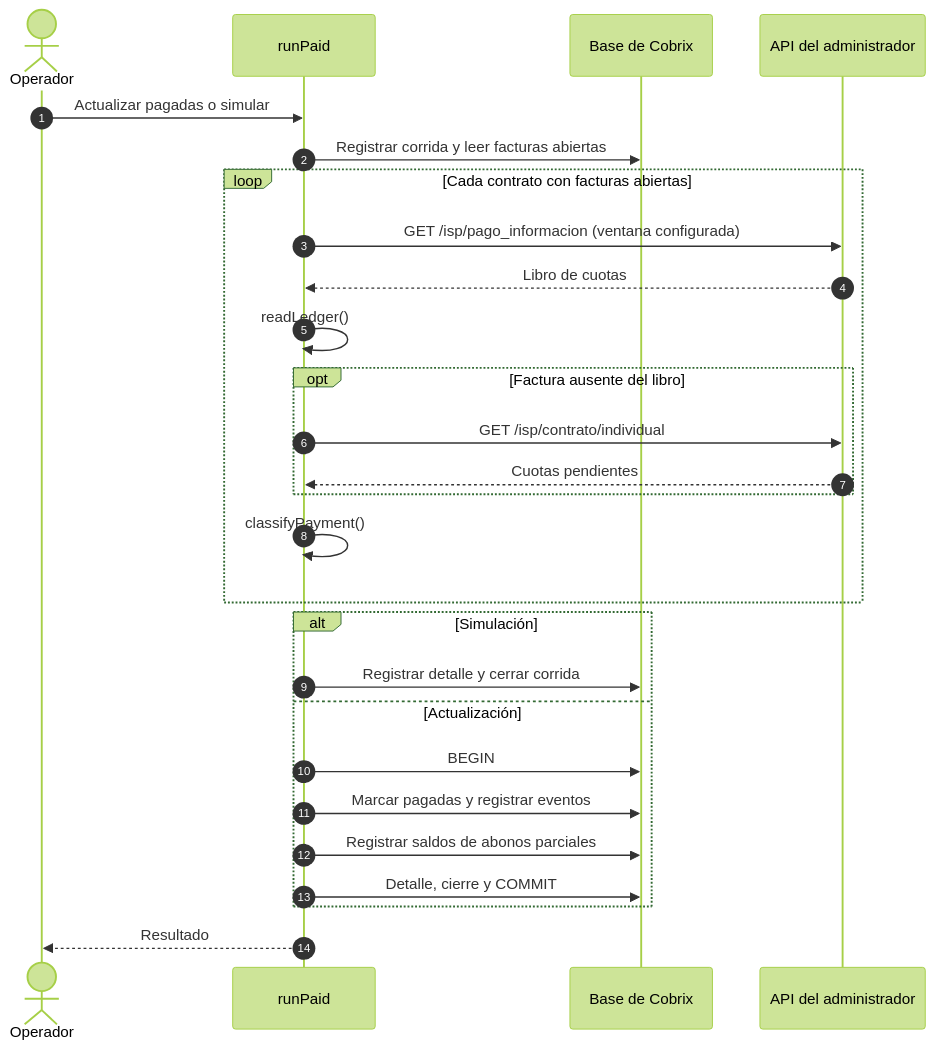
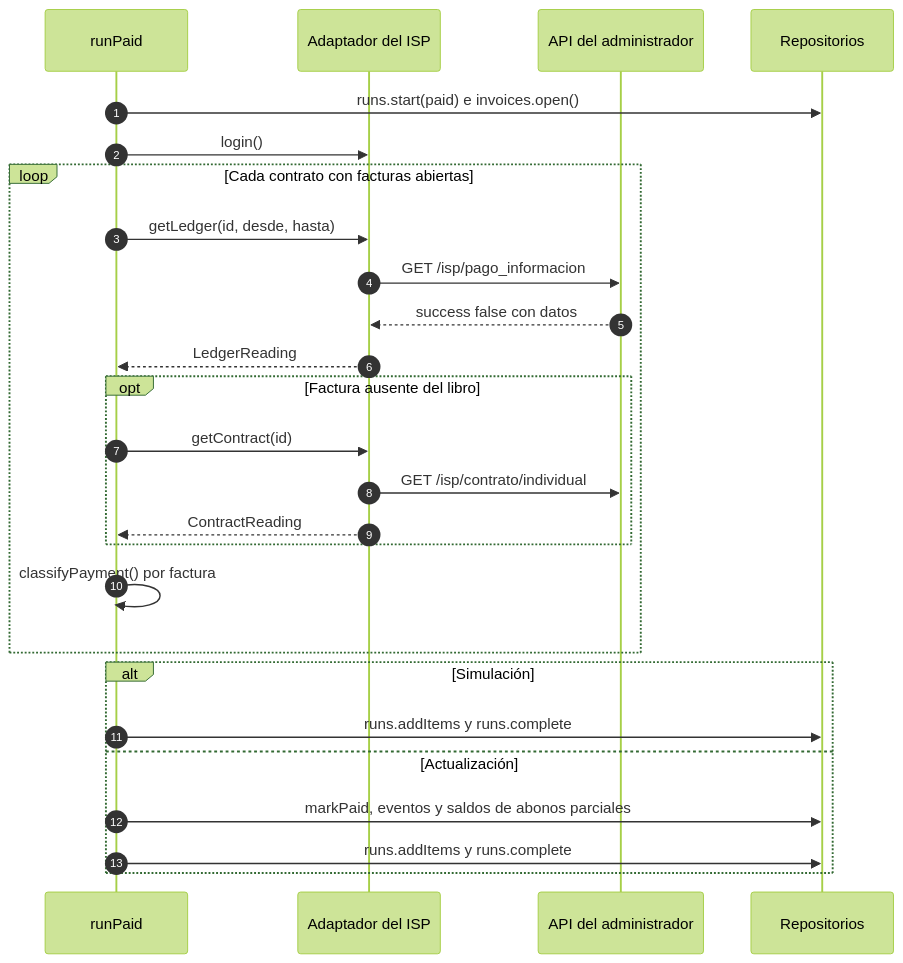
The tenth of 15 diagrams in docs/DISENO.md (robydaniel45san/Cobrix-Api-Prueba-Tecnica-Duran-Roby), drawn with Mermaid (forest theme) before and after one commit. The commit also changed other lines of this file and 1 other file, not shown here.

````diff
--- a/docs/DISENO.md
+++ b/docs/DISENO.md
@@ -520,30 +678,29 @@
 ```mermaid
 sequenceDiagram
     autonumber
-    actor OP as Operador
-    participant SYNC as runPaid
-    participant DB as Base de Cobrix
+    participant UC as runPaid
+    participant GW as Adaptador del ISP
     participant ISP as API del administrador
+    participant ST as Repositorios
 
-    OP->>SYNC: Actualizar pagadas o simular
-    SYNC->>DB: Registrar corrida y leer facturas abiertas
+    UC->>ST: runs.start(paid) e invoices.open()
+    UC->>GW: login()
     loop Cada contrato con facturas abiertas
-        SYNC->>ISP: GET /isp/pago_informacion (ventana configurada)
-        ISP-->>SYNC: Libro de cuotas
-        SYNC->>SYNC: readLedger()
+        UC->>GW: getLedger(id, desde, hasta)
+        GW->>ISP: GET /isp/pago_informacion
+        ISP-->>GW: success false con datos
+        GW-->>UC: LedgerReading
         opt Factura ausente del libro
-            SYNC->>ISP: GET /isp/contrato/individual
-            ISP-->>SYNC: Cuotas pendientes
+            UC->>GW: getContract(id)
+            GW->>ISP: GET /isp/contrato/individual
+            GW-->>UC: ContractReading
         end
-        SYNC->>SYNC: classifyPayment()
+        UC->>UC: classifyPayment() por factura
     end
     alt Simulación
-        SYNC->>DB: Registrar detalle y cerrar corrida
+        UC->>ST: runs.addItems y runs.complete
     else Actualización
-        SYNC->>DB: BEGIN
-        SYNC->>DB: Marcar pagadas y registrar eventos
-        SYNC->>DB: Registrar saldos de abonos parciales
-        SYNC->>DB: Detalle, cierre y COMMIT
+        UC->>ST: markPaid, eventos y saldos de abonos parciales
+        UC->>ST: runs.addItems y runs.complete
     end
-    SYNC-->>OP: Resultado
 ```
````
